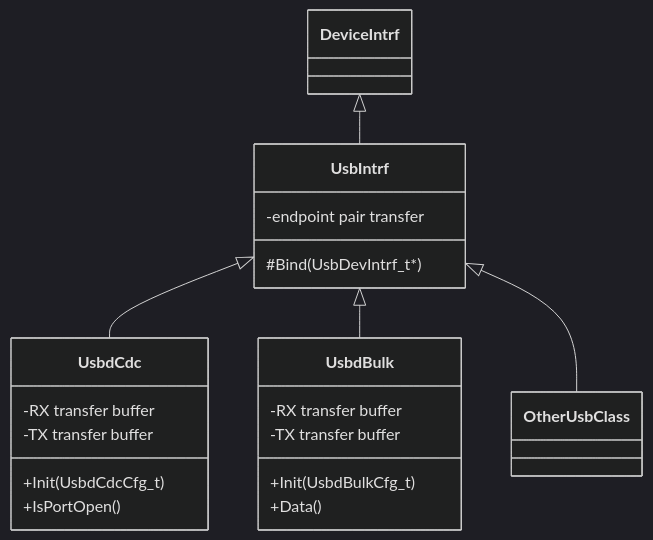
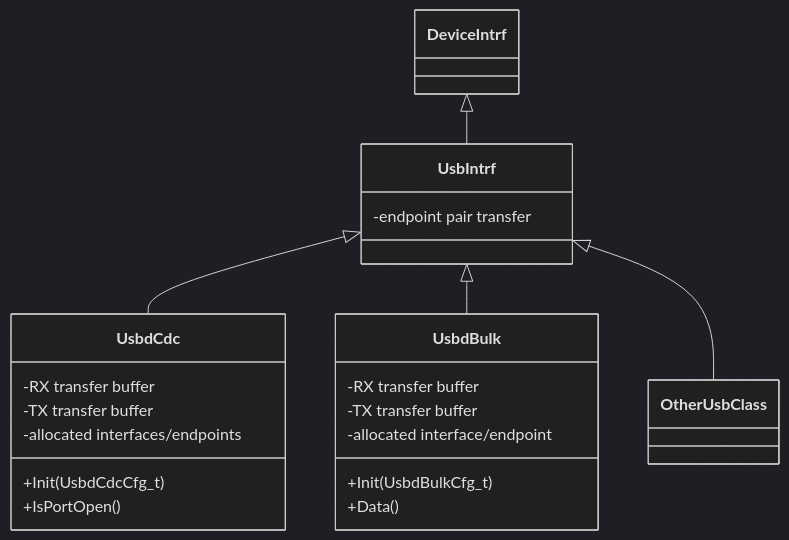
Before and after one commit to IOsonata/IOsonata: the second of 3 diagrams in docs/architecture/usb.md, drawn with Mermaid (dark theme). The commit also changed other lines of this file, not shown here.

Commit message:
Document internal USB resource allocation

````diff
--- a/docs/architecture/usb.md
+++ b/docs/architecture/usb.md
@@ -42,23 +45,24 @@
 ```mermaid
 classDiagram
     DeviceIntrf <|-- UsbIntrf
     UsbIntrf <|-- UsbdCdc
     UsbIntrf <|-- UsbdBulk
     UsbIntrf <|-- OtherUsbClass
     class UsbIntrf {
-        #Bind(UsbDevIntrf_t*)
         -endpoint pair transfer
     }
     class UsbdCdc {
         +Init(UsbdCdcCfg_t)
         +IsPortOpen()
         -RX transfer buffer
         -TX transfer buffer
+        -allocated interfaces/endpoints
     }
     class UsbdBulk {
         +Init(UsbdBulkCfg_t)
         +Data()
         -RX transfer buffer
         -TX transfer buffer
+        -allocated interface/endpoint
     }
 ```
````
